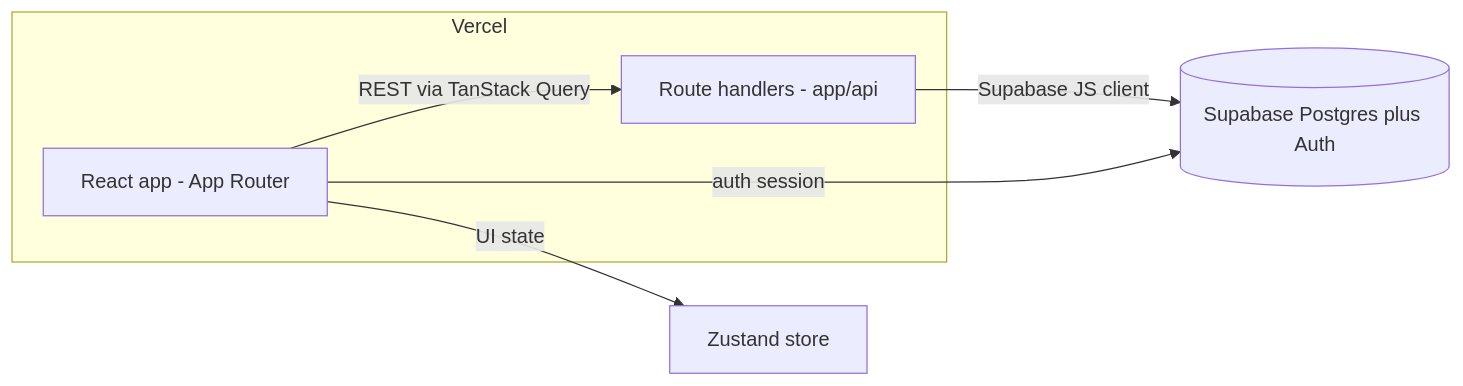
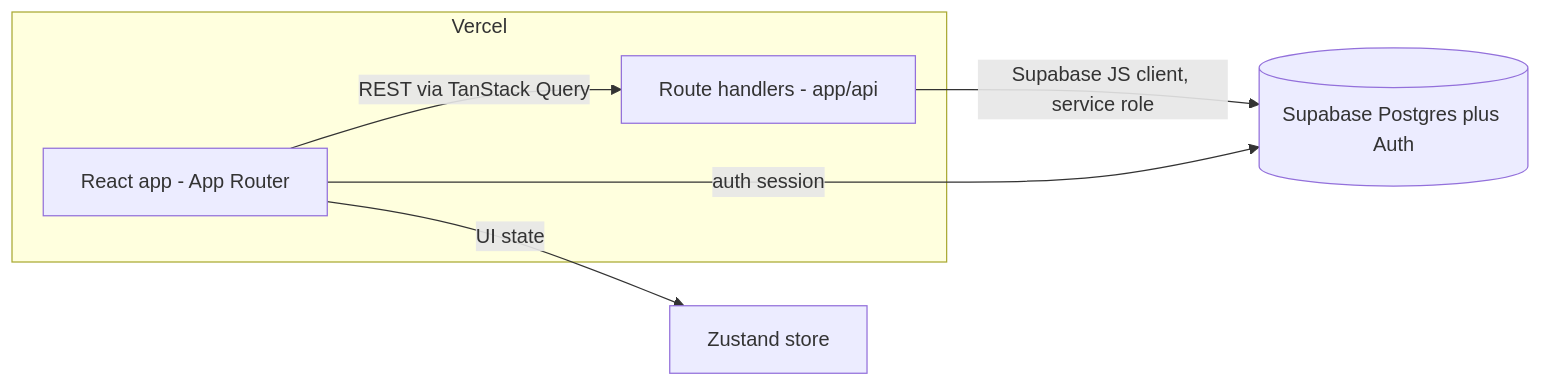
One commit to uwblueprint/beach-metro changed the diagram in docs/infra/infrastructure_spec.md. Above: the diagram before and after it, drawn with Mermaid. The commit also changed other lines of this file and 2 other files, not shown here.

````diff
--- a/docs/infra/infrastructure_spec.md
+++ b/docs/infra/infrastructure_spec.md
@@ -38,11 +49,11 @@
 ```mermaid
 flowchart LR
     Browser[React app - App Router] -->|REST via TanStack Query| API[Route handlers - app/api]
     Browser -->|UI state| Zustand[Zustand store]
-    API -->|Supabase JS client| Supabase[(Supabase Postgres plus Auth)]
+    API -->|Supabase JS client, service role| Supabase[(Supabase Postgres plus Auth)]
     Browser -->|auth session| Supabase
     subgraph Vercel
       Browser
       API
     end
 ```
````
